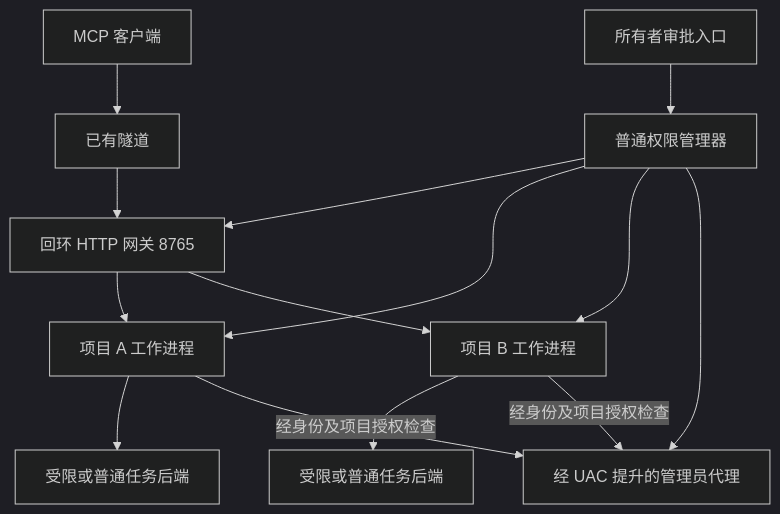
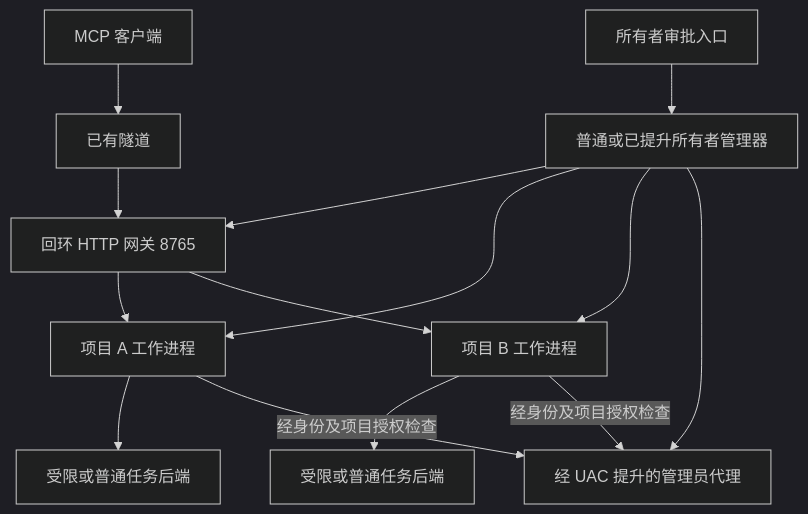
The diagram in docs/DEVELOPMENT_PLAN.md (KingwithQueen/ShellBot), drawn with Mermaid (dark theme) before and after one commit. The commit also changed other lines of this file and 32 other files, not shown here.

````diff
--- a/docs/DEVELOPMENT_PLAN.md
+++ b/docs/DEVELOPMENT_PLAN.md
@@ -40,16 +40,16 @@
 ```mermaid
 flowchart TD
     A[MCP 客户端] --> B[已有隧道]
     B --> C[回环 HTTP 网关 8765]
     C --> D[项目 A 工作进程]
     C --> E[项目 B 工作进程]
-    F[普通权限管理器] --> C
+    F[普通或已提升所有者管理器] --> C
     F --> D
     F --> E
     F --> G[经 UAC 提升的管理员代理]
     H[所有者审批入口] --> F
     D --> I[受限或普通任务后端]
     E --> J[受限或普通任务后端]
     D -->|经身份及项目授权检查| G
     E -->|经身份及项目授权检查| G
 ```
````
